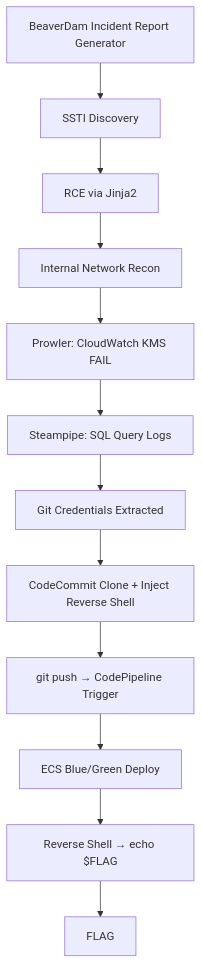
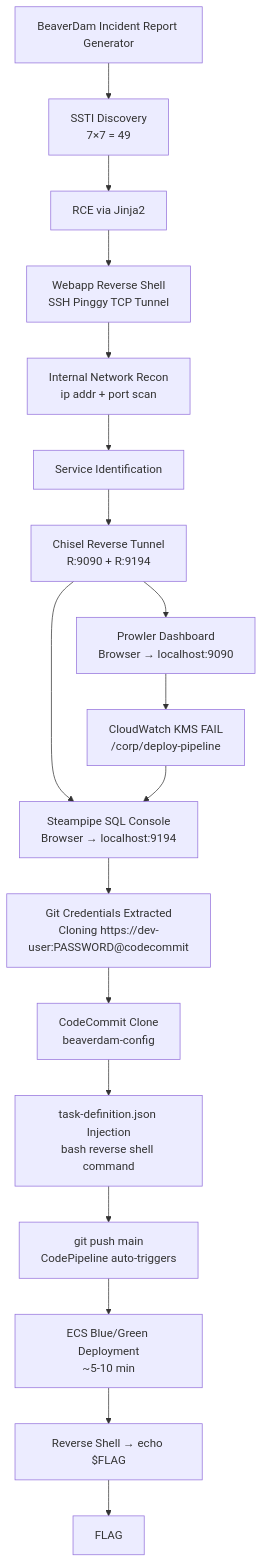
The diagram in scenarios/aws/05-zero-trust/watchdog_trap/walkthrough.md (Beaver-Dam-Community/GnawLab), drawn with Mermaid before and after one commit. The commit also changed other lines of this file and 18 other files, not shown here.

````diff
--- a/scenarios/aws/05-zero-trust/watchdog_trap/walkthrough.md
+++ b/scenarios/aws/05-zero-trust/watchdog_trap/walkthrough.md
@@ -7,14 +7,20 @@
 ```mermaid
 flowchart TB
-    A[BeaverDam Incident Report Generator] --> B[SSTI Discovery]
+    A[BeaverDam Incident Report Generator] --> B[SSTI Discovery\n7×7 = 49]
     B --> C[RCE via Jinja2]
-    C --> D[Internal Network Recon]
-    D --> E[Prowler: CloudWatch KMS FAIL]
-    E --> F[Steampipe: SQL Query Logs]
-    F --> G[Git Credentials Extracted]
-    G --> H[CodeCommit Clone + Inject Reverse Shell]
-    H --> I[git push → CodePipeline Trigger]
-    I --> J[ECS Blue/Green Deploy]
-    J --> K[Reverse Shell → echo $FLAG]
-    K --> L[FLAG]
+    C --> D[Webapp Reverse Shell\nSSH Pinggy TCP Tunnel]
+    D --> E[Internal Network Recon\nip addr + port scan]
+    E --> F[Service Identification]
+    F --> G[Chisel Reverse Tunnel\nR:9090 + R:9194]
+    G --> H[Prowler Dashboard\nBrowser → localhost:9090]
+    G --> I[Steampipe SQL Console\nBrowser → localhost:9194]
+    H --> J[CloudWatch KMS FAIL\n/corp/deploy-pipeline]
+    J --> I
+    I --> K[Git Credentials Extracted\nCloning https://dev-user:PASSWORD@codecommit]
+    K --> L[CodeCommit Clone\nbeaverdam-config]
+    L --> M[task-definition.json Injection\nbash reverse shell command]
+    M --> N[git push main\nCodePipeline auto-triggers]
+    N --> O[ECS Blue/Green Deployment\n~5-10 min]
+    O --> P[Reverse Shell → echo $FLAG]
+    P --> Q[FLAG]
 ```
````
